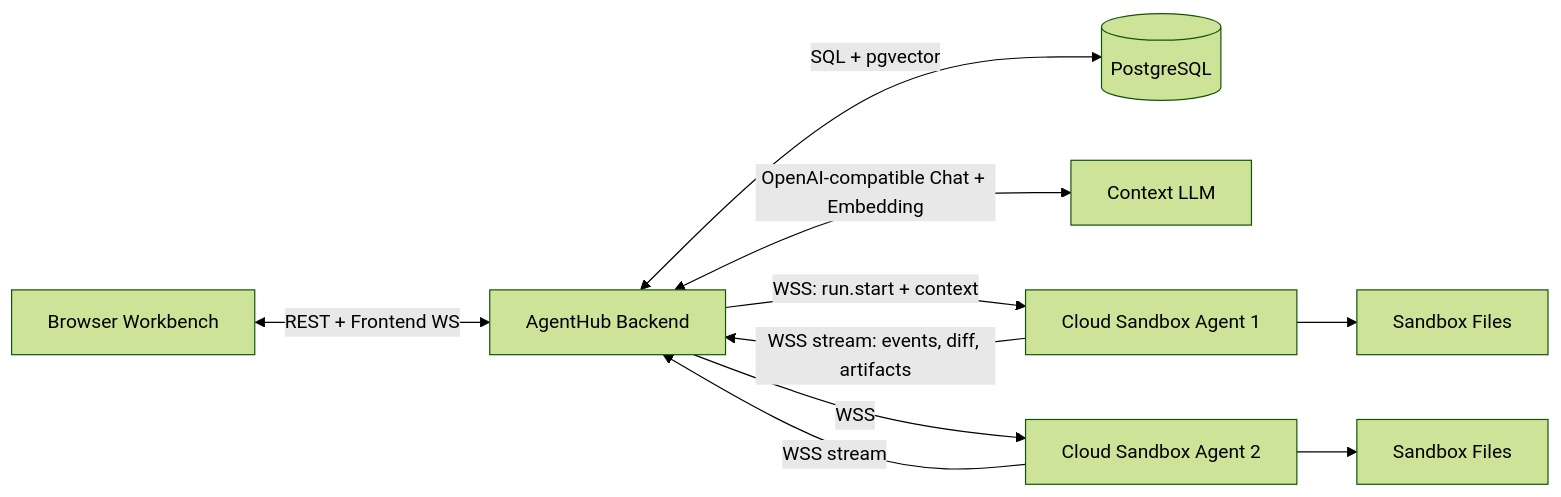
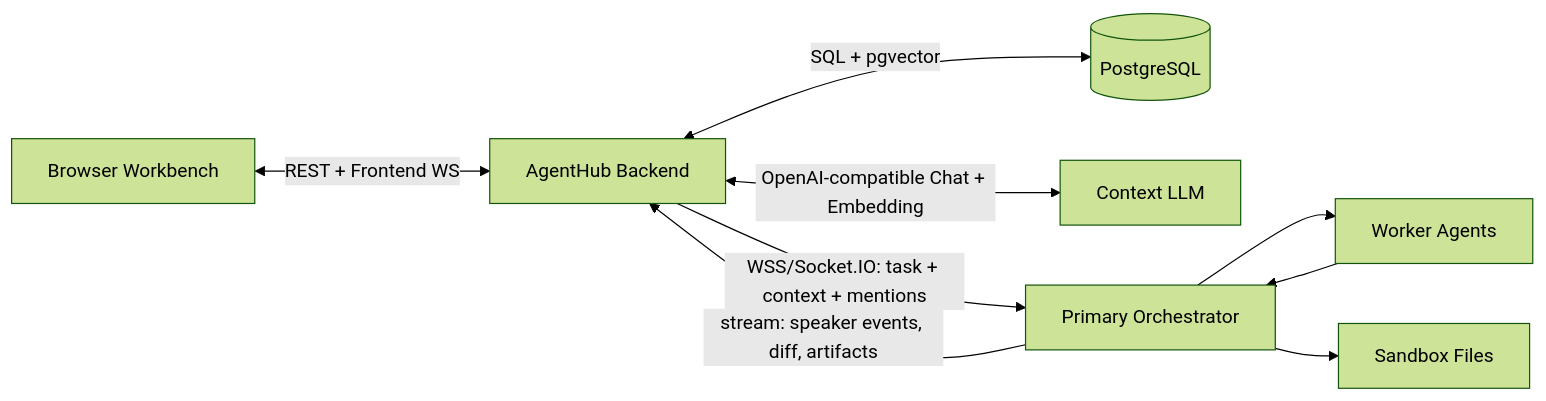
Before and after one commit to AgentHub-projects/AgentHub-Fullstack: the first of 2 diagrams in docs/agenthub-technical-design.md, drawn with Mermaid (forest theme). The commit also changed other lines of this file and 1 other file, not shown here.

Commit message:
docs: route agent mentions through orchestrator

````diff
--- a/docs/agenthub-technical-design.md
+++ b/docs/agenthub-technical-design.md
@@ -84,12 +84,11 @@
 ```mermaid
 flowchart LR
   U["Browser Workbench"] <-->|"REST + Frontend WS"| B["AgentHub Backend"]
   B <-->|"SQL + pgvector"| DB[("PostgreSQL")]
   B <-->|"OpenAI-compatible Chat + Embedding"| LLM["Context LLM"]
-  B -->|"WSS: run.start + context"| A1["Cloud Sandbox Agent 1"]
-  A1 -->|"WSS stream: events, diff, artifacts"| B
-  B -->|"WSS"| A2["Cloud Sandbox Agent 2"]
-  A2 -->|"WSS stream"| B
+  B -->|"WSS/Socket.IO: task + context + mentions"| A1["Primary Orchestrator"]
+  A1 -->|"stream: speaker events, diff, artifacts"| B
+  A1 --> W1["Worker Agents"]
+  W1 --> A1
   A1 --> FS1["Sandbox Files"]
-  A2 --> FS2["Sandbox Files"]
 ```
````
